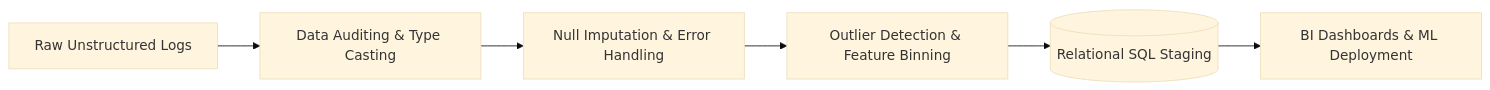
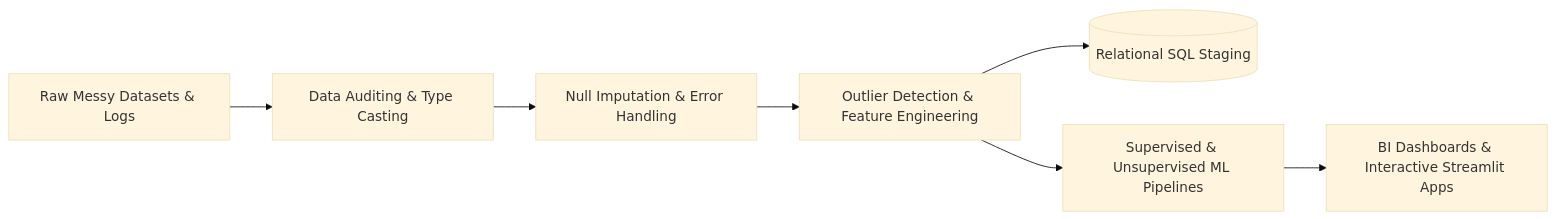
One commit to AmanBeast/Dataset_Analysis changed the diagram in README.md. Above: the diagram before and after it, drawn with Mermaid (base theme). The commit also changed other lines of this file and 38 other files, not shown here.

````diff
--- a/README.md
+++ b/README.md
@@ -33,8 +38,9 @@
 ```mermaid
 graph LR
-    A[Raw Unstructured Logs] --> B[Data Auditing & Type Casting]
+    A[Raw Messy Datasets & Logs] --> B[Data Auditing & Type Casting]
     B --> C[Null Imputation & Error Handling]
-    C --> D[Outlier Detection & Feature Binning]
+    C --> D[Outlier Detection & Feature Engineering]
     D --> E[(Relational SQL Staging)]
-    E --> F[BI Dashboards & ML Deployment]
+    D --> F[Supervised & Unsupervised ML Pipelines]
+    F --> G[BI Dashboards & Interactive Streamlit Apps]
 ```
````
